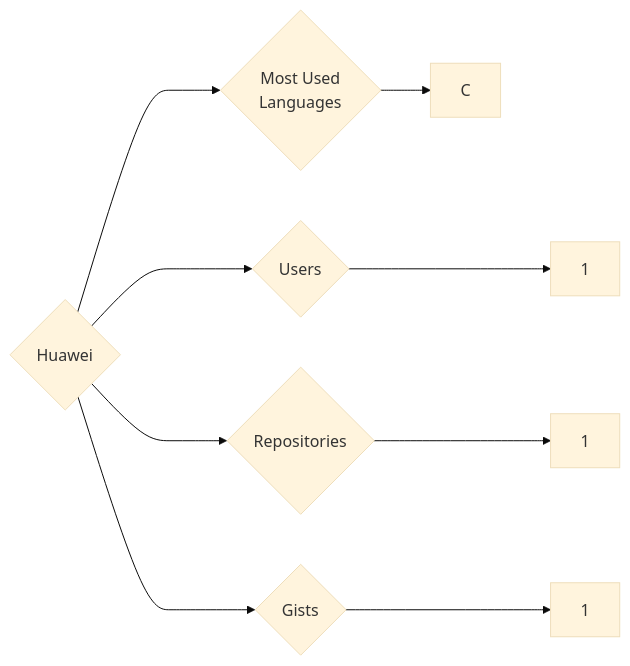
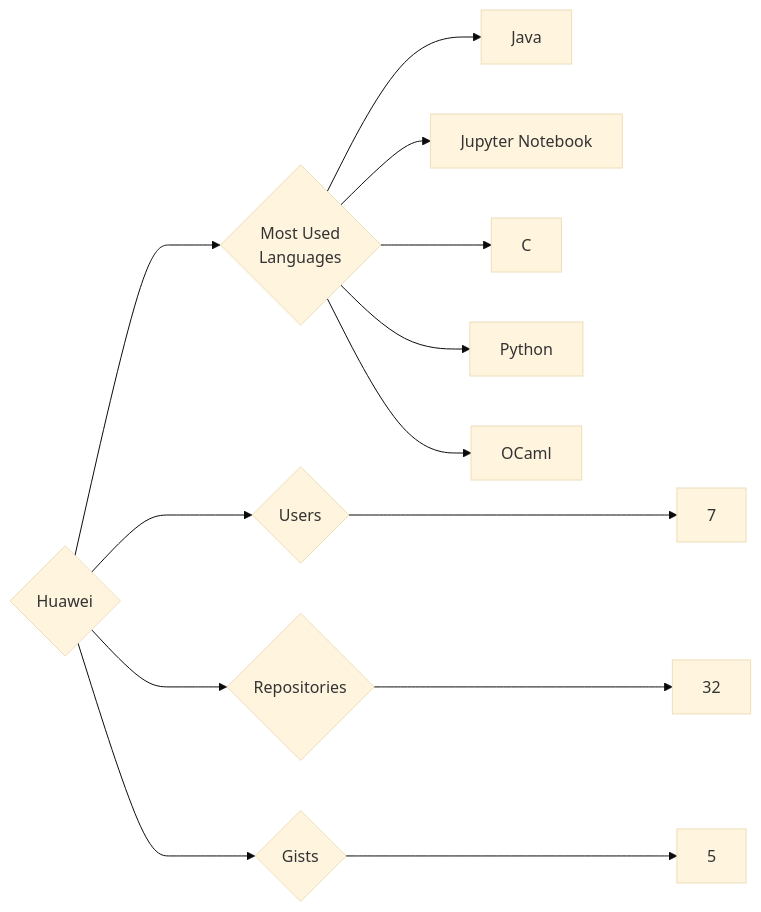
One commit to trickest/insiders changed the diagram in targets/Huawei/README.md. Above: the diagram before and after it, drawn with Mermaid (base theme). The commit also changed 1003 other files, not shown here.

````diff
--- a/targets/Huawei/README.md
+++ b/targets/Huawei/README.md
@@ -3,9 +3,13 @@
 ```mermaid
 graph LR
 COMPANY_NAME{Huawei}
-COMPANY_NAME ---> U{Users} ---> UN[1]
-COMPANY_NAME ---> R{Repositories} ---> RN[1]
-COMPANY_NAME ---> G{Gists} ---> GN[1]
+COMPANY_NAME ---> U{Users} ---> UN[7]
+COMPANY_NAME ---> R{Repositories} ---> RN[32]
+COMPANY_NAME ---> G{Gists} ---> GN[5]
 COMPANY_NAME ---> ML{Most Used<br>Languages}
+ML --> Java[Java]
+ML --> Jupyter_Notebook[Jupyter Notebook]
 ML --> C[C]
+ML --> Python[Python]
+ML --> OCaml[OCaml]
 ```
````
